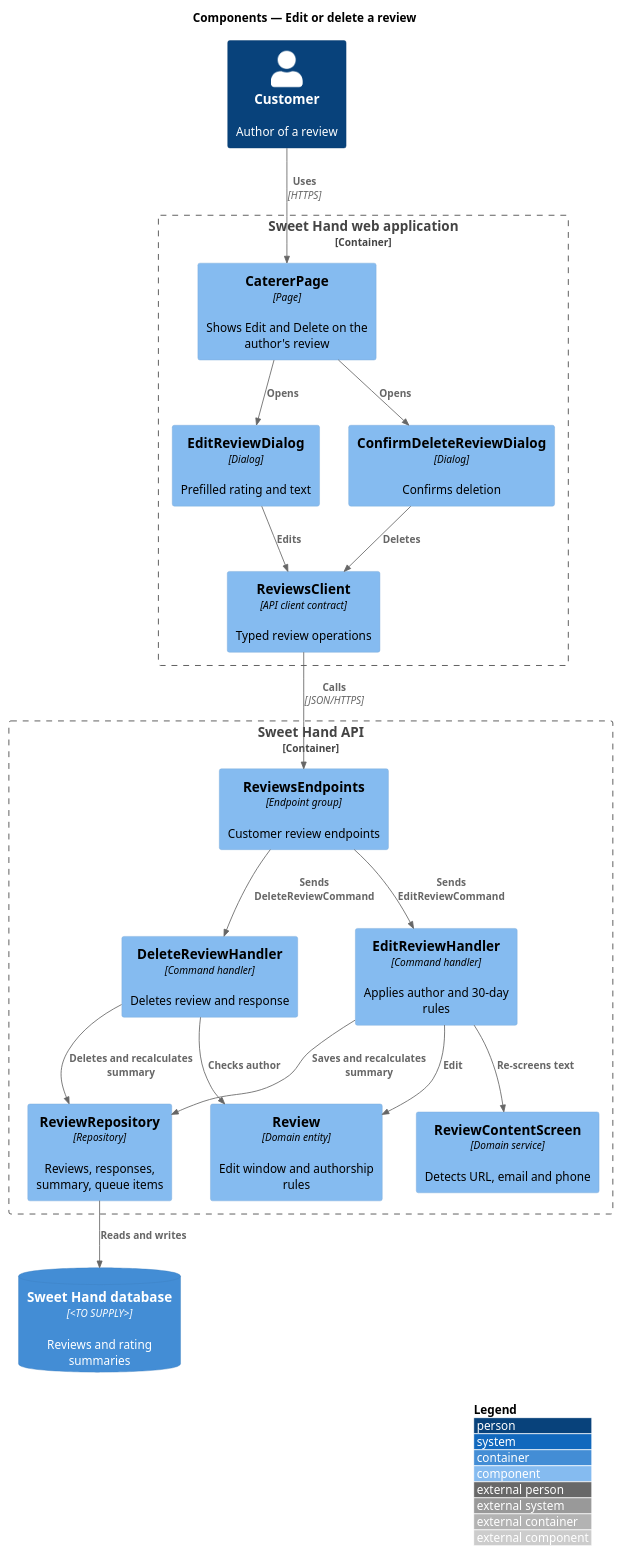
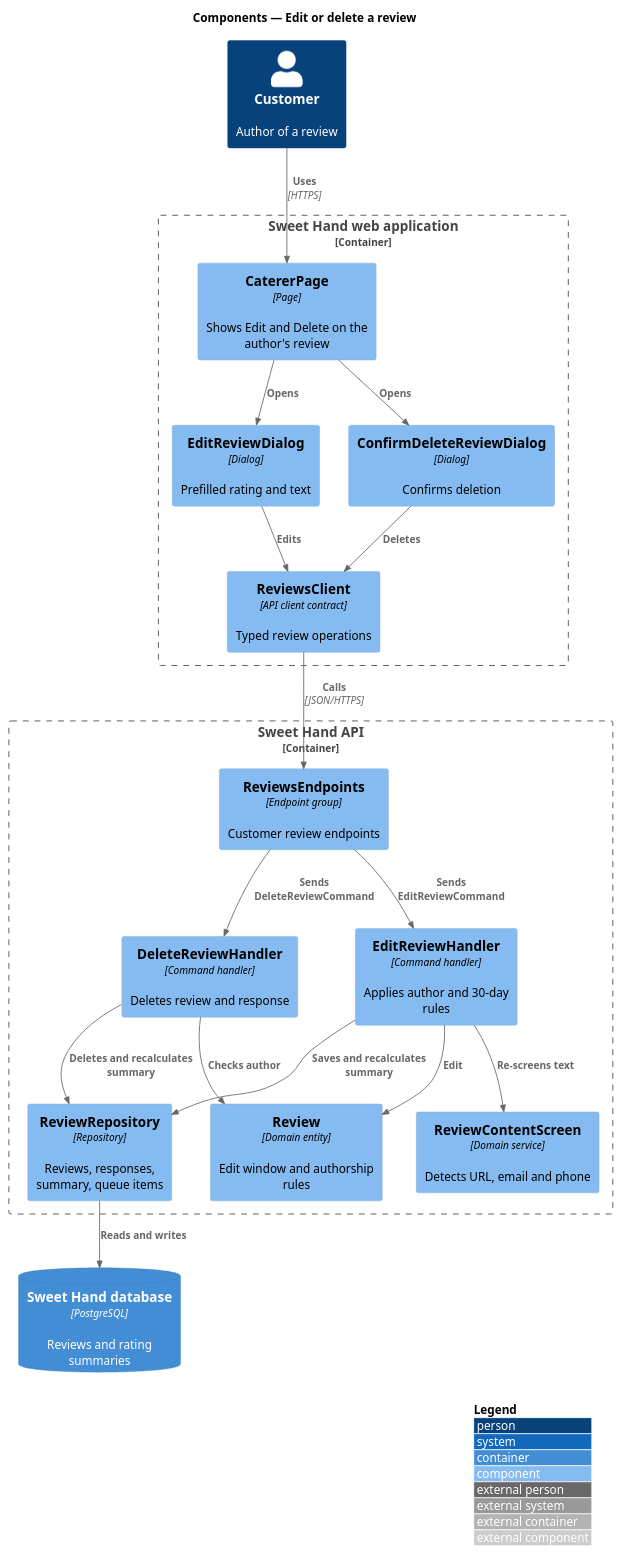
Before and after one commit to QuinntyneBrown/sweet-hand: the diagram in docs/detailed-designs/reviews/edit-or-delete-review/diagrams/c4-component.puml, drawn with PlantUML. The commit also changed 21 other files, not shown here.

```diff
--- a/docs/detailed-designs/reviews/edit-or-delete-review/diagrams/c4-component.puml
+++ b/docs/detailed-designs/reviews/edit-or-delete-review/diagrams/c4-component.puml
@@ -1,39 +1,39 @@
 @startuml
 !include <C4/C4_Component>
 LAYOUT_WITH_LEGEND()
 title Components — Edit or delete a review
 
 Person(customer, "Customer", "Author of a review")
 
 Container_Boundary(web, "Sweet Hand web application") {
   Component(page, "CatererPage", "Page", "Shows Edit and Delete on the author's review")
   Component(editDlg, "EditReviewDialog", "Dialog", "Prefilled rating and text")
   Component(delDlg, "ConfirmDeleteReviewDialog", "Dialog", "Confirms deletion")
   Component(client, "ReviewsClient", "API client contract", "Typed review operations")
 }
 
 Container_Boundary(api, "Sweet Hand API") {
   Component(endpoints, "ReviewsEndpoints", "Endpoint group", "Customer review endpoints")
   Component(editH, "EditReviewHandler", "Command handler", "Applies author and 30-day rules")
   Component(delH, "DeleteReviewHandler", "Command handler", "Deletes review and response")
   Component(review, "Review", "Domain entity", "Edit window and authorship rules")
   Component(screen, "ReviewContentScreen", "Domain service", "Detects URL, email and phone")
   Component(repo, "ReviewRepository", "Repository", "Reviews, responses, summary, queue items")
 }
-ContainerDb(db, "Sweet Hand database", "<TO SUPPLY>", "Reviews and rating summaries")
+ContainerDb(db, "Sweet Hand database", "PostgreSQL", "Reviews and rating summaries")
 
 Rel(customer, page, "Uses", "HTTPS")
 Rel(page, editDlg, "Opens")
 Rel(page, delDlg, "Opens")
 Rel(editDlg, client, "Edits")
 Rel(delDlg, client, "Deletes")
 Rel(client, endpoints, "Calls", "JSON/HTTPS")
 Rel(endpoints, editH, "Sends EditReviewCommand")
 Rel(endpoints, delH, "Sends DeleteReviewCommand")
 Rel(editH, review, "Edit")
 Rel(editH, screen, "Re-screens text")
 Rel(delH, review, "Checks author")
 Rel(editH, repo, "Saves and recalculates summary")
 Rel(delH, repo, "Deletes and recalculates summary")
 Rel(repo, db, "Reads and writes")
 @enduml
```
